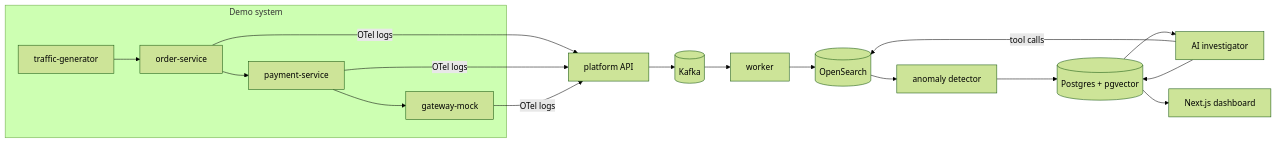
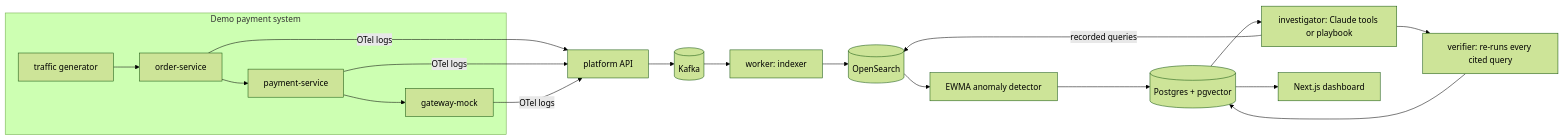
The diagram in README.md (HrishikeshAtole-24/AI-Analyzer), drawn with Mermaid (forest theme) before and after one commit. The commit also changed other lines of this file and 82 other files, not shown here.

First line of the commit message:
Weeks 4-6: AI investigator, verifier, knowledge base, eval, dashboard

````diff
--- a/README.md
+++ b/README.md
@@ -62,10 +30,11 @@
 ```mermaid
 flowchart LR
-  subgraph demo["Demo system"]
-    TG[traffic-generator] --> OS[order-service] --> PS[payment-service] --> GW[gateway-mock]
+  subgraph demo["Demo payment system"]
+    TG[traffic generator] --> OS[order-service] --> PS[payment-service] --> GW[gateway-mock]
   end
-  OS & PS & GW -- OTel logs --> API[platform API] --> K[(Kafka)] --> W[worker] --> S[(OpenSearch)]
-  S --> D[anomaly detector] --> P[(Postgres + pgvector)]
-  P --> AI[AI investigator] -- tool calls --> S
-  AI --> P --> UI[Next.js dashboard]
+  OS & PS & GW -- OTel logs --> API[platform API] --> K[(Kafka)] --> W[worker: indexer] --> S[(OpenSearch)]
+  S --> D[EWMA anomaly detector] --> P[(Postgres + pgvector)]
+  P --> AI[investigator: Claude tools or playbook] -- recorded queries --> S
+  AI --> V[verifier: re-runs every cited query] --> P
+  P --> UI[Next.js dashboard]
 ```
````
